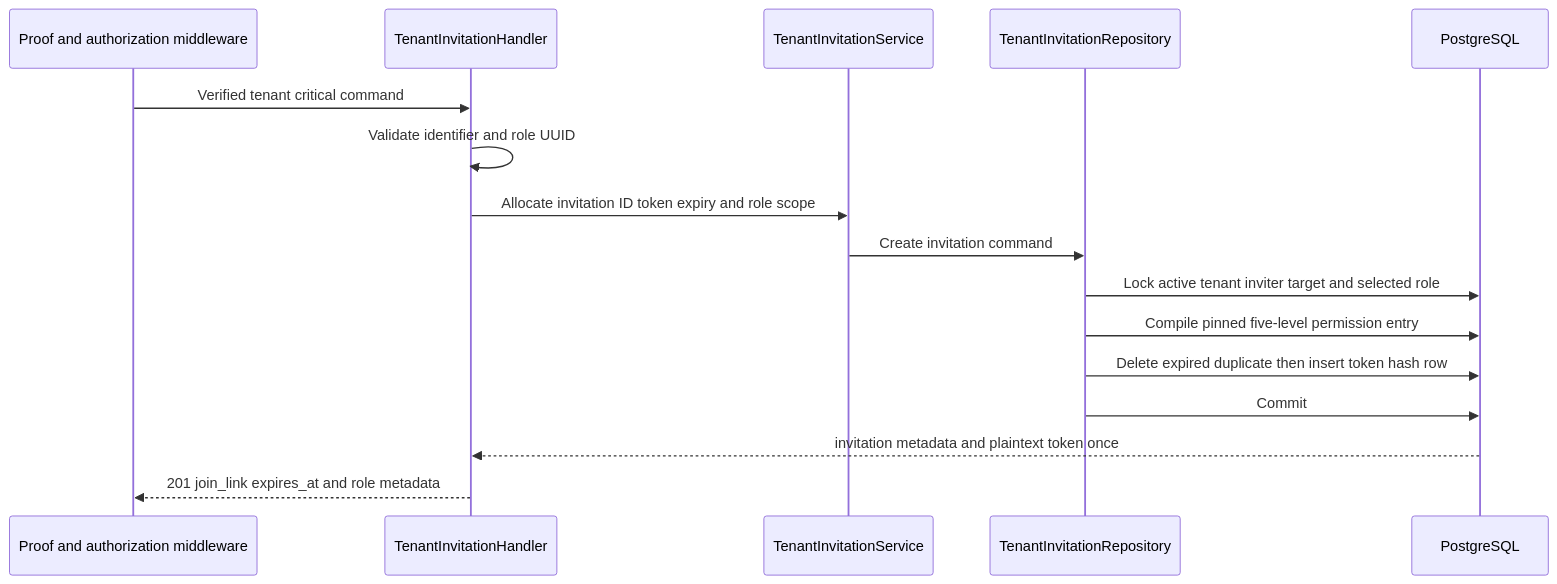
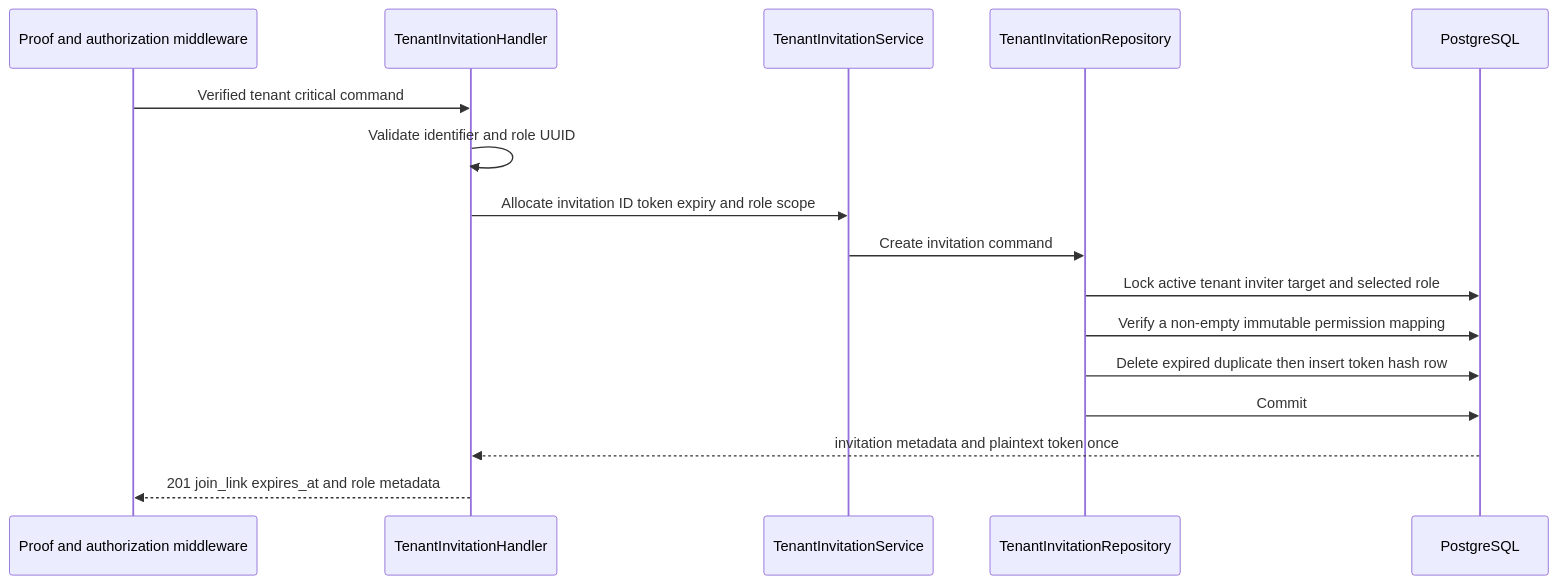
Before and after one commit to phucle996/aurora: the second of 2 diagrams in god_view/hierarchy/tenant_invitation_create_god_view_workflow.md, drawn with Mermaid. The commit also changed other lines of this file and 132 other files, not shown here.

````diff
--- a/god_view/hierarchy/tenant_invitation_create_god_view_workflow.md
+++ b/god_view/hierarchy/tenant_invitation_create_god_view_workflow.md
@@ -69,19 +73,19 @@
 ```mermaid
 sequenceDiagram
     participant M as Proof and authorization middleware
     participant H as TenantInvitationHandler
     participant S as TenantInvitationService
     participant P as TenantInvitationRepository
     participant PG as PostgreSQL
 
     M->>H: Verified tenant critical command
     H->>H: Validate identifier and role UUID
     H->>S: Allocate invitation ID token expiry and role scope
     S->>P: Create invitation command
     P->>PG: Lock active tenant inviter target and selected role
-    P->>PG: Compile pinned five-level permission entry
+    P->>PG: Verify a non-empty immutable permission mapping
     P->>PG: Delete expired duplicate then insert token hash row
     P->>PG: Commit
     PG-->>H: invitation metadata and plaintext token once
     H-->>M: 201 join_link expires_at and role metadata
 ```
````
